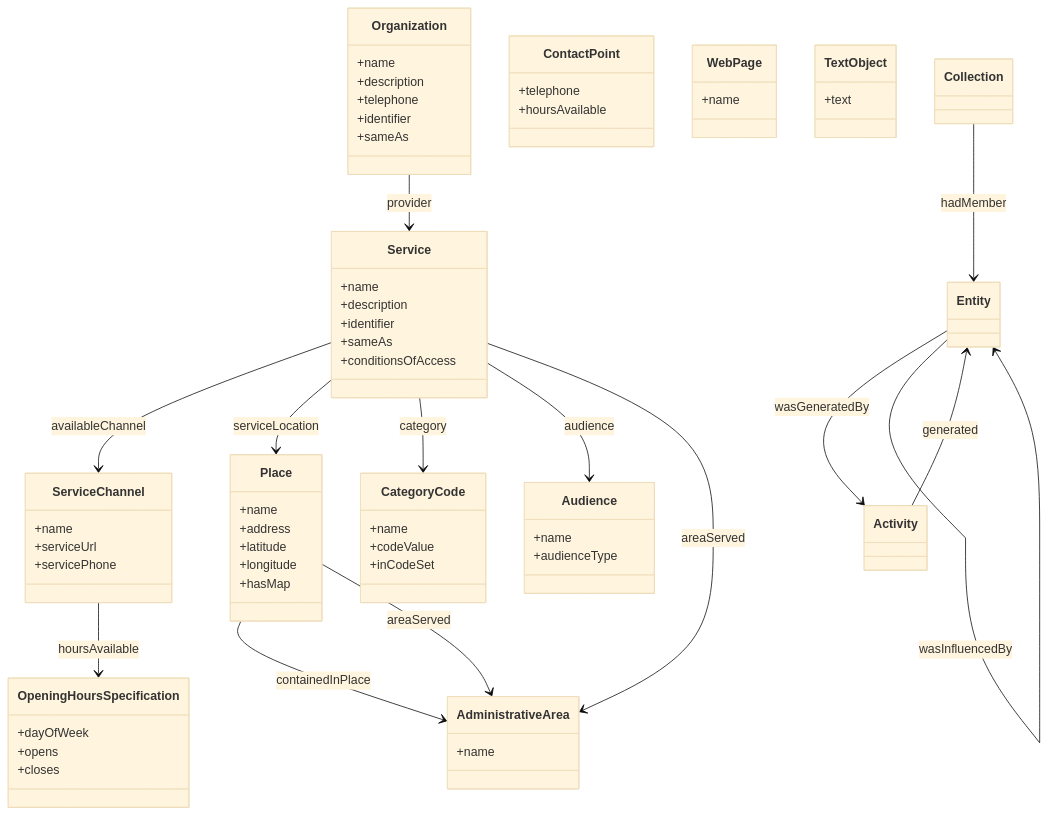
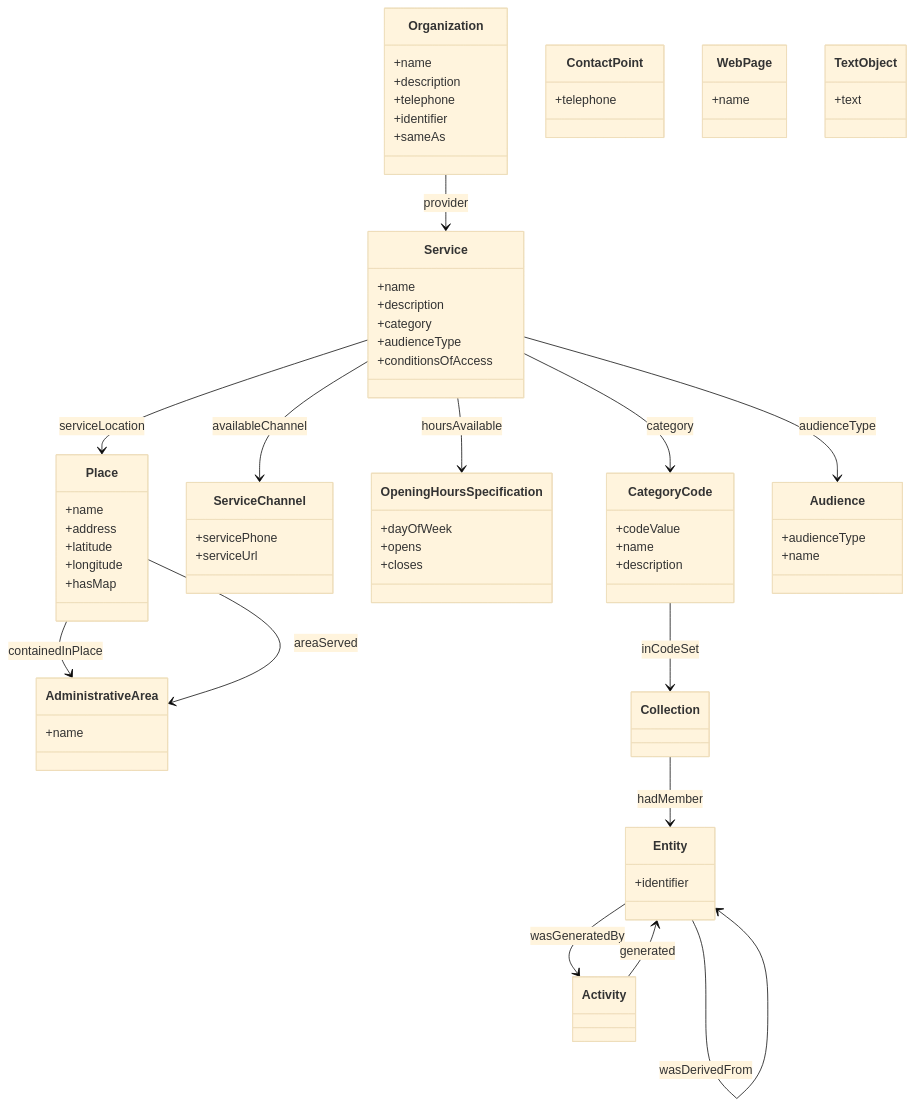
The diagram in docs/examples/dreamkg_overview.md (sbl-sdsc/mcp-proto-okn), drawn with Mermaid (base theme) before and after one commit. The commit also changed other lines of this file and 8 other files, not shown here.

````diff
--- a/docs/examples/dreamkg_overview.md
+++ b/docs/examples/dreamkg_overview.md
@@ -50,13 +50,15 @@
         +identifier
         +sameAs
     }
+    
     class Service {
         +name
         +description
-        +identifier
-        +sameAs
+        +category
+        +audienceType
         +conditionsOfAccess
     }
+    
     class Place {
         +name
         +address
@@ -64,54 +66,64 @@
         +longitude
         +hasMap
     }
+    
     class ServiceChannel {
-        +name
+        +servicePhone
         +serviceUrl
-        +servicePhone
     }
+    
     class OpeningHoursSpecification {
         +dayOfWeek
         +opens
         +closes
     }
-    class CategoryCode {
-        +name
-        +codeValue
-        +inCodeSet
-    }
-    class Audience {
-        +name
-        +audienceType
-    }
+    
     class ContactPoint {
         +telephone
-        +hoursAvailable
     }
+    
+    class CategoryCode {
+        +codeValue
+        +name
+        +description
+    }
+    
+    class Audience {
+        +audienceType
+        +name
+    }
+    
     class AdministrativeArea {
         +name
     }
+    
     class WebPage {
         +name
     }
+    
     class TextObject {
         +text
     }
-    class Entity
+    
+    class Entity {
+        +identifier
+    }
+    
     class Activity
+    
     class Collection
-
+    
     Organization --> Service : provider
     Service --> ServiceChannel : availableChannel
     Service --> Place : serviceLocation
     Service --> CategoryCode : category
-    Service --> Audience : audience
-    ServiceChannel --> OpeningHoursSpecification : hoursAvailable
+    Service --> Audience : audienceType
+    Service --> OpeningHoursSpecification : hoursAvailable
     Place --> AdministrativeArea : containedInPlace
     Place --> AdministrativeArea : areaServed
-    Service --> AdministrativeArea : areaServed
+    CategoryCode --> Collection : inCodeSet
     Entity --> Activity : wasGeneratedBy
     Activity --> Entity : generated
+    Entity --> Entity : wasDerivedFrom
     Collection --> Entity : hadMember
-    Entity --> Entity : wasDerivedFrom
-    Entity --> Entity : wasInfluencedBy
 ```
````
